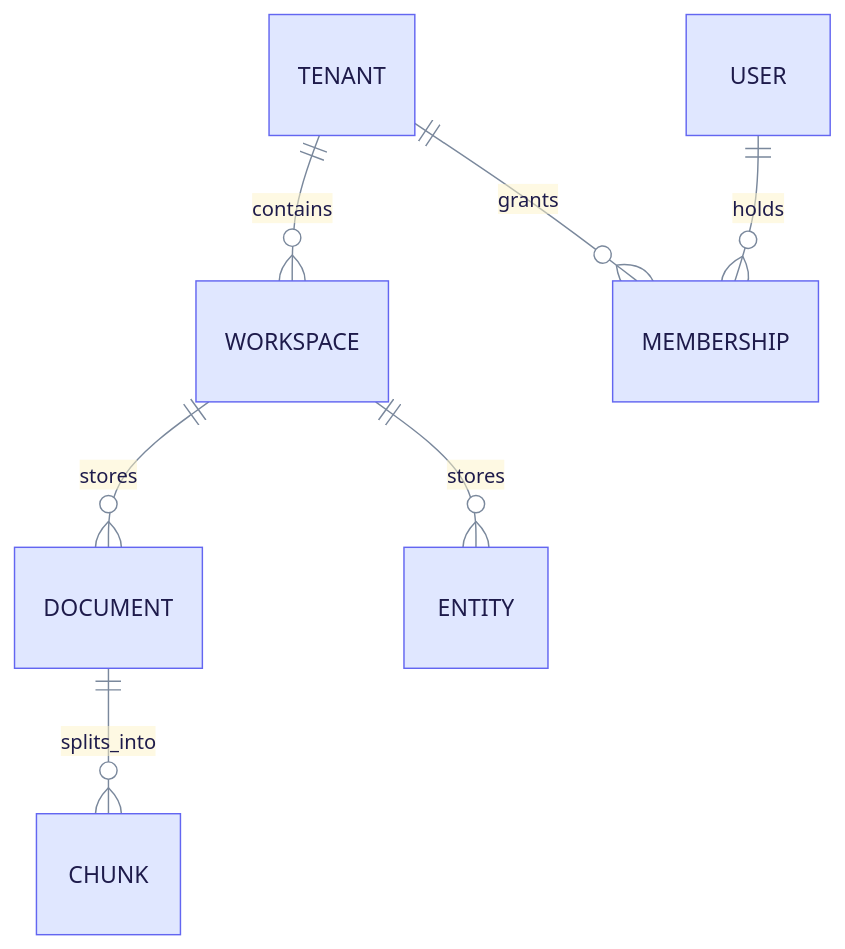
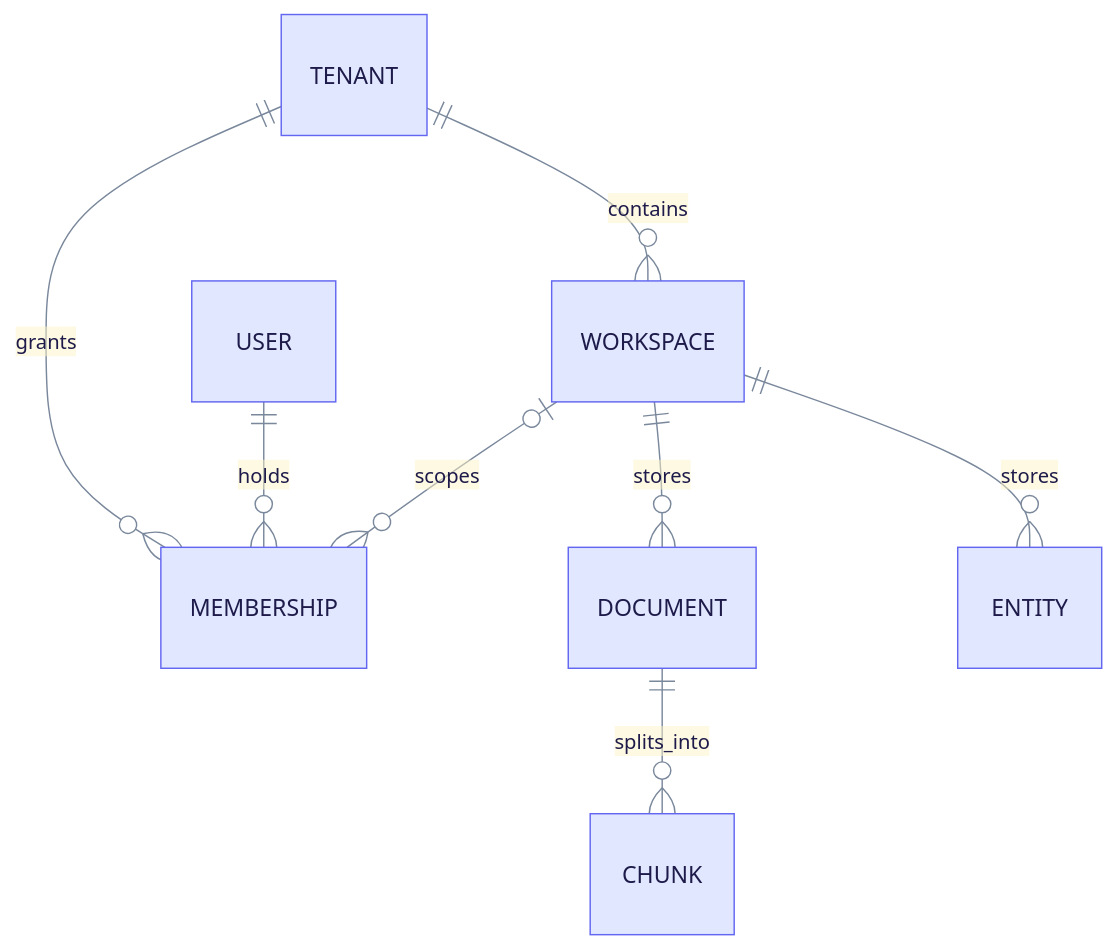
Before and after one commit to raphaelmansuy/edgequake: the first of 4 diagrams in docs/tutorials/multi-tenant.md, drawn with Mermaid. The commit also changed other lines of this file and 194 other files, not shown here.

First line of the commit message:
Refresh docs against code and rebuild schema E/R as progressive steps

````diff
--- a/docs/tutorials/multi-tenant.md
+++ b/docs/tutorials/multi-tenant.md
@@ -14,11 +16,12 @@
 ```mermaid
 %%{init: {"theme":"base","themeVariables":{"primaryColor":"#E0E7FF","primaryBorderColor":"#6366F1","primaryTextColor":"#1E1B4B","secondaryColor":"#D1FAE5","secondaryBorderColor":"#10B981","secondaryTextColor":"#064E3B","tertiaryColor":"#FEF3C7","tertiaryBorderColor":"#F59E0B","tertiaryTextColor":"#6B7A90","lineColor":"#7A889C","clusterBkg":"rgba(99,102,241,0.07)","clusterBorder":"#A5B4FC","noteBkgColor":"#FEF9C3","noteTextColor":"#422006","textColor":"#6B7A90","titleColor":"#6B7A90","signalColor":"#7A889C","signalTextColor":"#6B7A90","loopTextColor":"#6B7A90","edgeLabelBackground":"#F1F5F9","actorLineColor":"#94A3B8"}}}%%
 %% eq-theme:v1
 erDiagram
   TENANT ||--o{ WORKSPACE : contains
   TENANT ||--o{ MEMBERSHIP : grants
   USER ||--o{ MEMBERSHIP : holds
+  WORKSPACE |o--o{ MEMBERSHIP : scopes
   WORKSPACE ||--o{ DOCUMENT : stores
   WORKSPACE ||--o{ ENTITY : stores
   DOCUMENT ||--o{ CHUNK : splits_into
 ```
````
